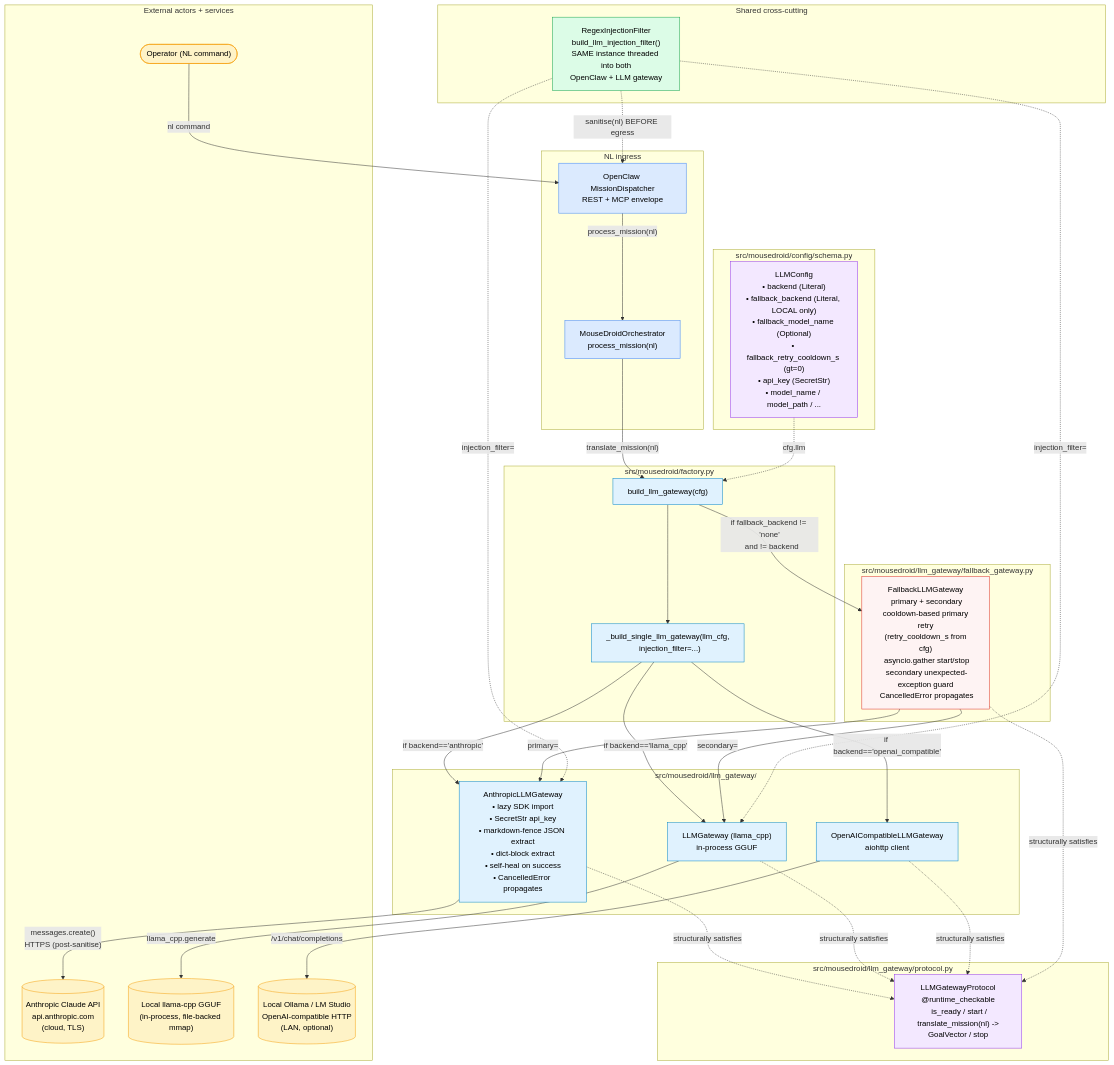
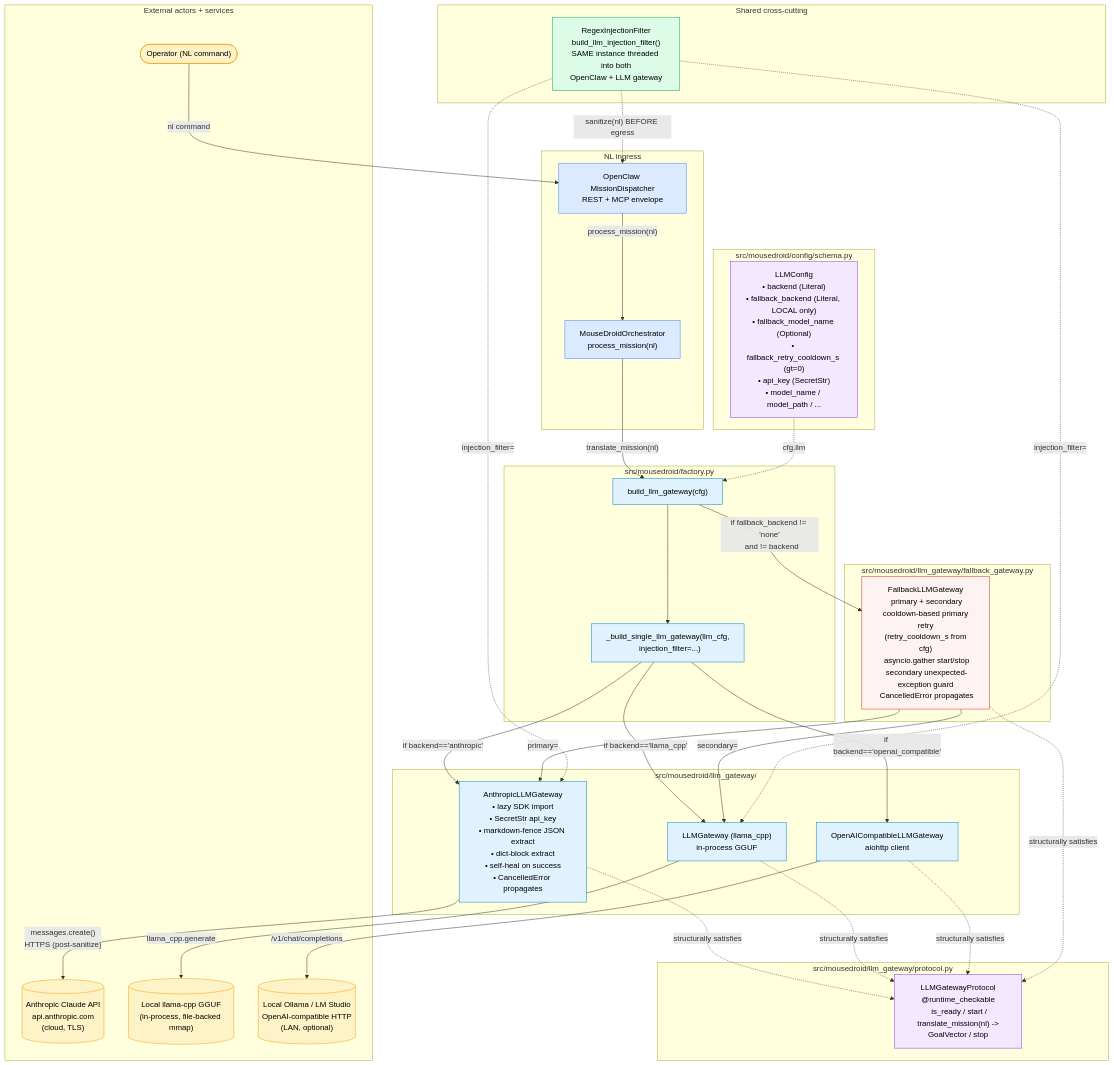
One commit to ianshank/Mouse-Droid-AGI changed the diagram in docs/architecture/c4-llm-gateway.md. Above: the diagram before and after it, drawn with Mermaid. The commit also changed other lines of this file, not shown here.

Commit message:
docs(c4-llm-gateway): normalize all 'sanitise' -> 'sanitize'
Addresses CodeRabbit follow-up: the mermaid diagram labels (lines 74, 77)
referenced the real RegexInjectionFilter method, so the British 'sanitise'
was a diagram-vs-code mismatch. Also normalized the line-5 prose for whole-
document consistency with the line-127 fix. Doc-only; no code/CI impact.

```diff
--- a/docs/architecture/c4-llm-gateway.md
+++ b/docs/architecture/c4-llm-gateway.md
@@ -71,10 +71,10 @@
     %% Filter wiring
     InjFilter -. "injection_filter=" .-> Anthropic
     InjFilter -. "injection_filter=" .-> Llama
-    InjFilter -. "sanitise(nl) BEFORE egress" .-> OpenClaw
+    InjFilter -. "sanitize(nl) BEFORE egress" .-> OpenClaw
 
     %% Network/egress
-    Anthropic -- "messages.create()\nHTTPS (post-sanitise)" --> AnthropicAPI
+    Anthropic -- "messages.create()\nHTTPS (post-sanitize)" --> AnthropicAPI
     Llama -- "llama_cpp.generate" --> LocalGGUF
     OAI -- "/v1/chat/completions" --> LocalOpenAI
 
```
